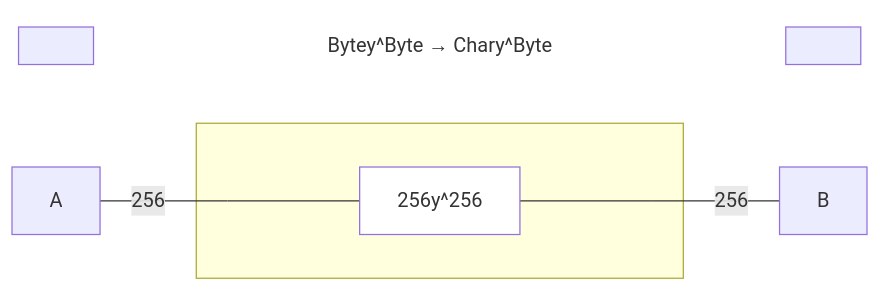
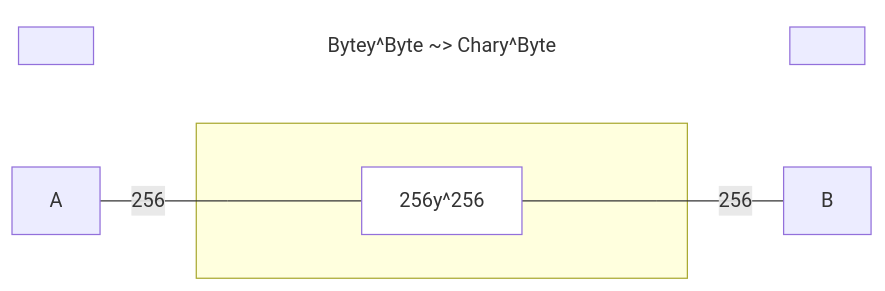
One commit to julianpeeters/polynomial changed the fourth of 4 diagrams in README.md. Above: the diagram before and after it, drawn with Mermaid. The commit also changed other lines of this file and 1 other file, not shown here.

Commit message:
Update README for github mermaid rendering

````diff
--- a/README.md
+++ b/README.md
@@ -140,15 +140,15 @@
 ```mermaid
 graph LR;
-  TitleStart[ ]:::hidden~~~~TitleBody[Bytey^Byte → Chary^Byte]:::title~~~~TitleEnd[ ]:::hidden
+  TitleStart[ ]:::hidden~~~~TitleBody[Bytey^Byte ~> Chary^Byte]:::title~~~~TitleEnd[ ]:::hidden
   A:::hidden---|256|A2[ ]:::point
 subgraph s[ ]
   A2:::point---MermaidPMono
   MermaidPMono[256y^256]:::empty
   MermaidPMono---B2
 end
 B2[ ]:::point---|256|B:::hidden;
 
 classDef empty fill:background;
 classDef point width:0px, height:0px;
 classDef title stroke-width:0px, fill:background;
 ```
````
